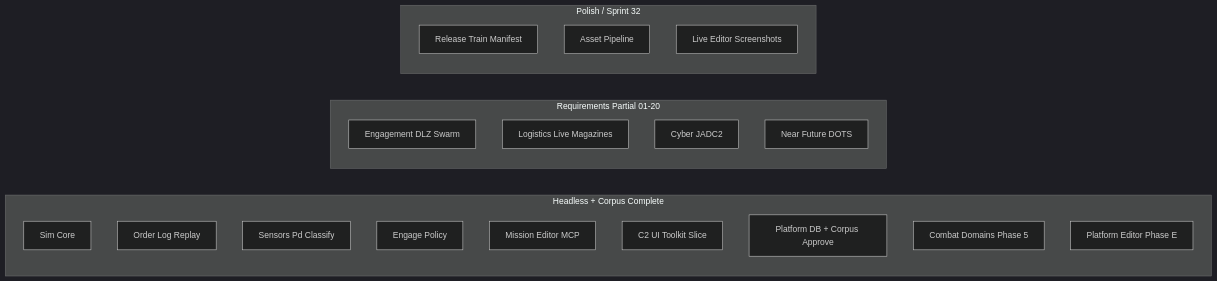
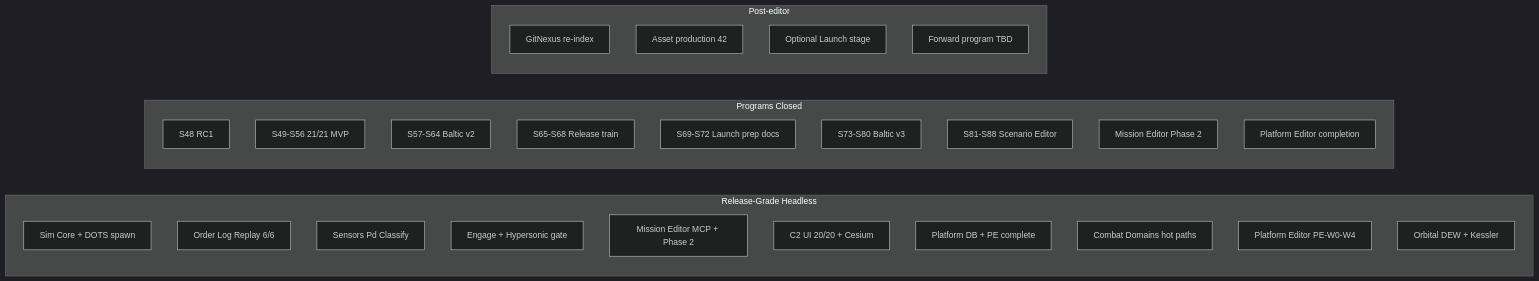
One commit to drgaciw/cmano-clone changed the diagram in docs/reports/project-dashboard.md. Above: the diagram before and after it, drawn with Mermaid (dark theme). The commit also changed other lines of this file and 336 other files, not shown here.

````diff
--- a/docs/reports/project-dashboard.md
+++ b/docs/reports/project-dashboard.md
@@ -200,25 +223,32 @@
 ```mermaid
 flowchart LR
-  subgraph done [Headless + Corpus Complete]
-    S1[Sim Core]
-    S2[Order Log Replay]
+  subgraph done [Release-Grade Headless]
+    S1[Sim Core + DOTS spawn]
+    S2[Order Log Replay 6/6]
     S5[Sensors Pd Classify]
-    S6[Engage Policy]
-    S11[Mission Editor MCP]
-    S20[C2 UI Toolkit Slice]
-    S4[Platform DB + Corpus Approve]
-    S18p[Combat Domains Phase 5]
-    S21p[Platform Editor Phase E]
+    S6[Engage + Hypersonic gate]
+    S11[Mission Editor MCP + Phase 2]
+    S20[C2 UI 20/20 + Cesium]
+    S4[Platform DB + PE complete]
+    S18p[Combat Domains hot paths]
+    S21p[Platform Editor PE-W0-W4]
+    S10p[Orbital DEW + Kessler]
   end
-  subgraph wip [Requirements Partial 01-20]
-    R14[Engagement DLZ Swarm]
-    R16[Logistics Live Magazines]
-    R19[Cyber JADC2]
-    R09[Near Future DOTS]
+  subgraph closed [Programs Closed]
+    RC1[S48 RC1]
+    INT[S49-S56 21/21 MVP]
+    BV2[S57-S64 Baltic v2]
+    RT[S65-S68 Release train]
+    E7[S69-S72 Launch prep docs]
+    BV3[S73-S80 Baltic v3]
+    SE[S81-S88 Scenario Editor]
+    MEP2[Mission Editor Phase 2]
+    PE[Platform Editor completion]
   end
-  subgraph todo [Polish / Sprint 32]
-    R32[Release Train Manifest]
-    Assets[Asset Pipeline]
-    LiveQA[Live Editor Screenshots]
+  subgraph todo [Post-editor]
+    GN[GitNexus re-index]
+    Assets[Asset production 42]
+    Launch[Optional Launch stage]
+    Fwd[Forward program TBD]
   end
 ```
````
